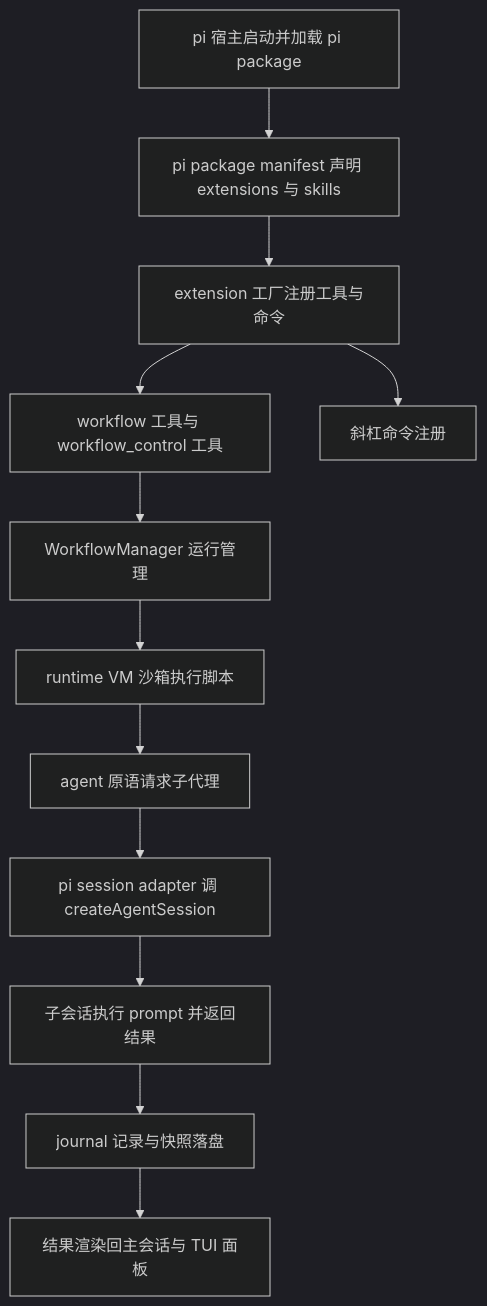
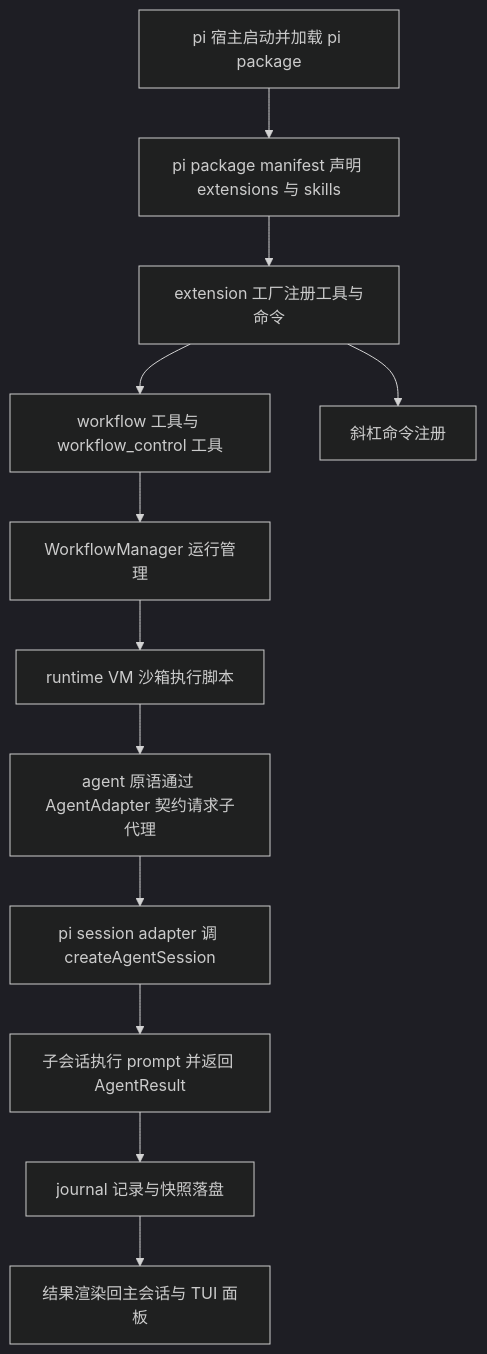
Before and after one commit to mickorz/pi-code-mode: the first of 2 diagrams in dev-docs/design/pi-code-mode插件需求文档.md, drawn with Mermaid (dark theme). The commit also changed other lines of this file, not shown here.

````diff
--- a/dev-docs/design/pi-code-mode插件需求文档.md
+++ b/dev-docs/design/pi-code-mode插件需求文档.md
@@ -24,14 +33,14 @@
 ```mermaid
 flowchart TD
     A[pi 宿主启动并加载 pi package] --> B[pi package manifest 声明 extensions 与 skills]
     B --> C[extension 工厂注册工具与命令]
     C --> D[workflow 工具与 workflow_control 工具]
     C --> E[斜杠命令注册]
     D --> F[WorkflowManager 运行管理]
     F --> G[runtime VM 沙箱执行脚本]
-    G --> H[agent 原语请求子代理]
+    G --> H[agent 原语通过 AgentAdapter 契约请求子代理]
     H --> I[pi session adapter 调 createAgentSession]
-    I --> J[子会话执行 prompt 并返回结果]
+    I --> J[子会话执行 prompt 并返回 AgentResult]
     J --> K[journal 记录与快照落盘]
     K --> L[结果渲染回主会话与 TUI 面板]
 ```
````
